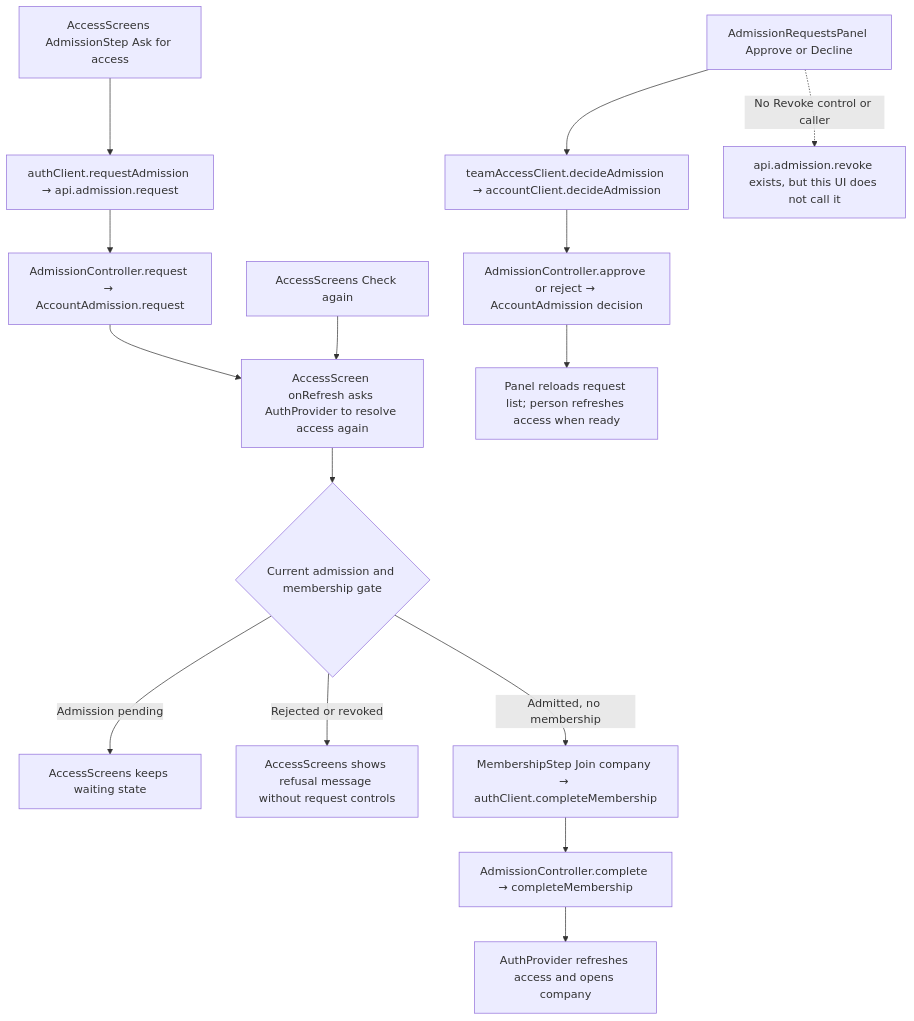
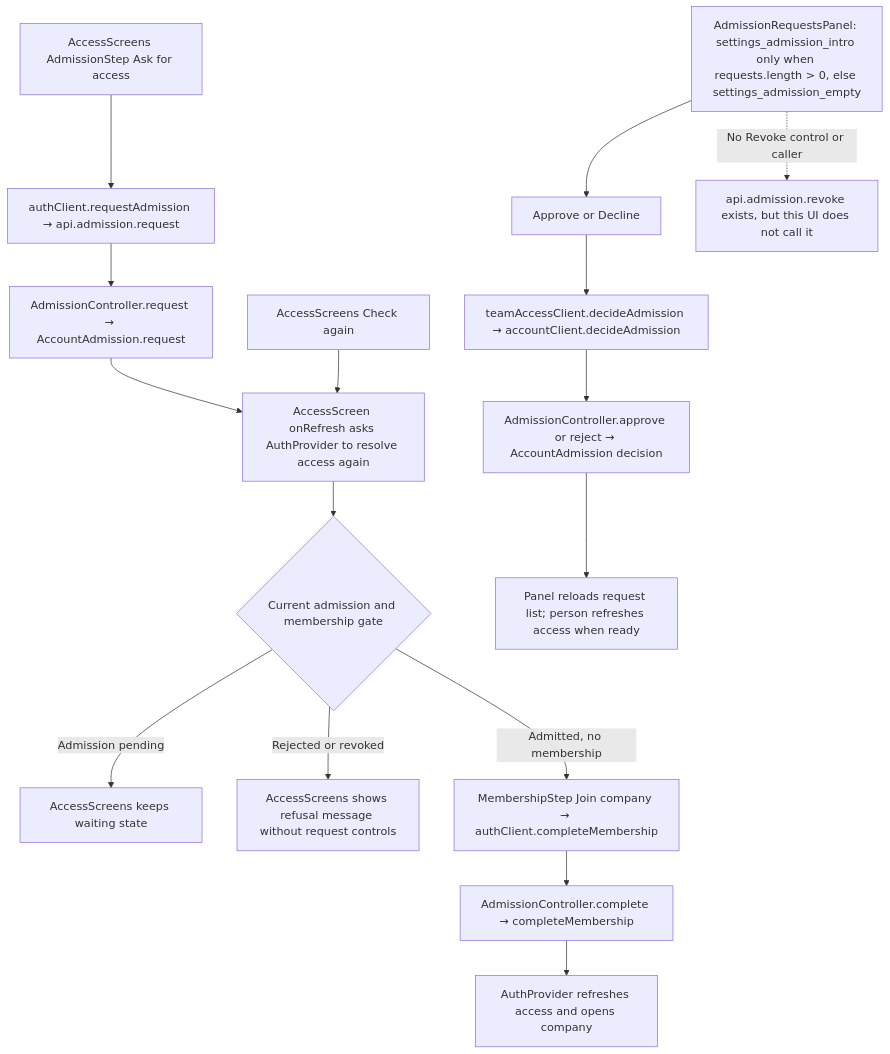
The second of 2 diagrams in user-stories/team/US-TEAM-05-request-admission.md (Kevinjohn/capacitylens), drawn with Mermaid before and after one commit. The commit also changed other lines of this file and 35 other files, not shown here.

````diff
--- a/user-stories/team/US-TEAM-05-request-admission.md
+++ b/user-stories/team/US-TEAM-05-request-admission.md
@@ -34,17 +37,18 @@
 ```mermaid
 flowchart TD
     Ask["AccessScreens AdmissionStep Ask for access"] --> AuthClient["authClient.requestAdmission → api.admission.request"]
     AuthClient --> RequestController["AdmissionController.request → AccountAdmission.request"]
     RequestController --> Refresh["AccessScreen onRefresh asks AuthProvider to resolve access again"]
     Check["AccessScreens Check again"] --> Refresh
     Refresh --> Gate{"Current admission and membership gate"}
     Gate -->|"Admission pending"| Wait["AccessScreens keeps waiting state"]
     Gate -->|"Rejected or revoked"| Refused["AccessScreens shows refusal message without request controls"]
     Gate -->|"Admitted, no membership"| Join["MembershipStep Join company → authClient.completeMembership"]
     Join --> Complete["AdmissionController.complete → completeMembership"]
     Complete --> Company["AuthProvider refreshes access and opens company"]
-    Manager["AdmissionRequestsPanel Approve or Decline"] --> Client["teamAccessClient.decideAdmission → accountClient.decideAdmission"]
+    Manager["AdmissionRequestsPanel: settings_admission_intro only when requests.length > 0, else settings_admission_empty"] --> Buttons["Approve or Decline"]
+    Buttons --> Client["teamAccessClient.decideAdmission → accountClient.decideAdmission"]
     Client --> Decision["AdmissionController.approve or reject → AccountAdmission decision"]
     Decision --> Reload["Panel reloads request list; person refreshes access when ready"]
     Manager -. "No Revoke control or caller" .-> NoRevoke["api.admission.revoke exists, but this UI does not call it"]
 ```
````
